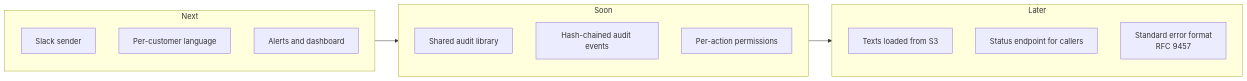
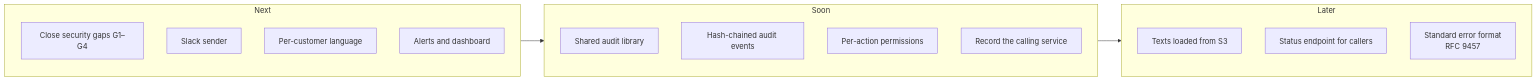
The diagram in _docs/14-limitations-and-roadmap.md (RaffaelloDeBacci/notification-service), drawn with Mermaid before and after one commit. The commit also changed other lines of this file and 14 other files, not shown here.

````diff
--- a/_docs/14-limitations-and-roadmap.md
+++ b/_docs/14-limitations-and-roadmap.md
@@ -28,19 +24,21 @@
 ```mermaid
 flowchart LR
     subgraph Next[Next]
+        Z[Close security gaps G1–G4]
         A[Slack sender]
         B[Per-customer language]
         C[Alerts and dashboard]
     end
     subgraph Soon[Soon]
         D[Shared audit library]
         E[Hash-chained audit events]
         F[Per-action permissions]
+        J[Record the calling service]
     end
     subgraph Later[Later]
         G[Texts loaded from S3]
         H[Status endpoint for callers]
         I[Standard error format<br/>RFC 9457]
     end
     Next --> Soon --> Later
 ```
````
